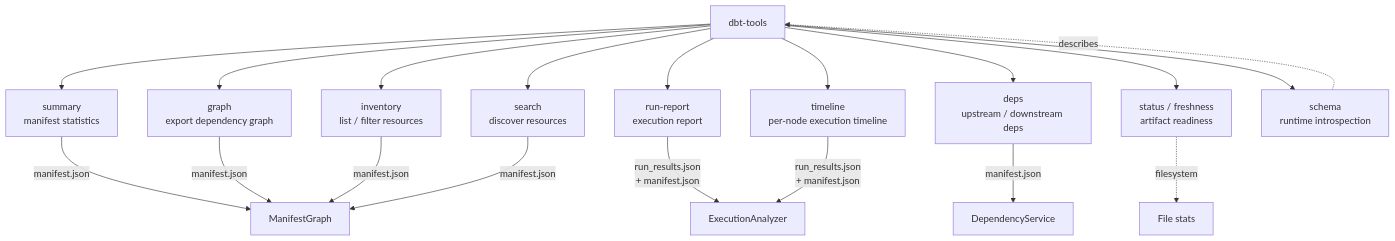
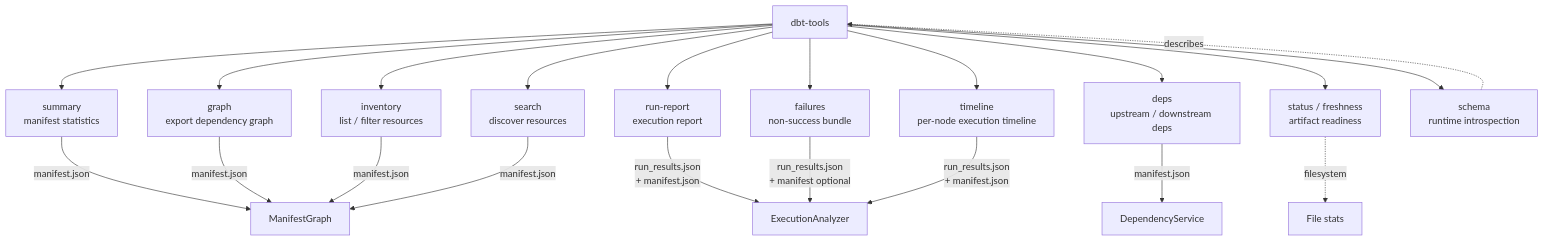
Before and after one commit to yu-iskw/dbt-artifacts-parser-ts: the diagram in packages/dbt-tools/cli/README.md, drawn with Mermaid. The commit also changed other lines of this file and 76 other files, not shown here.

````diff
--- a/packages/dbt-tools/cli/README.md
+++ b/packages/dbt-tools/cli/README.md
@@ -9,23 +9,25 @@
 ```mermaid
 graph TD
   CLI["dbt-tools"]
   CLI --> summary["summary\nmanifest statistics"]
   CLI --> graphCmd["graph\nexport dependency graph"]
   CLI --> rr["run-report\nexecution report"]
+  CLI --> failures["failures\nnon-success bundle"]
   CLI --> deps["deps\nupstream / downstream deps"]
   CLI --> inventory["inventory\nlist / filter resources"]
   CLI --> timeline["timeline\nper-node execution timeline"]
   CLI --> search["search\ndiscover resources"]
   CLI --> status["status / freshness\nartifact readiness"]
   CLI --> schema["schema\nruntime introspection"]
 
   summary -->|manifest.json| MG[ManifestGraph]
   graphCmd -->|manifest.json| MG
   rr -->|run_results.json\n+ manifest.json| EA[ExecutionAnalyzer]
+  failures -->|run_results.json\n+ manifest optional| EA
   deps -->|manifest.json| DS[DependencyService]
   inventory -->|manifest.json| MG
   timeline -->|run_results.json\n+ manifest.json| EA
   search -->|manifest.json| MG
   status -.->|filesystem| FS[File stats]
   schema -.->|describes| CLI
 ```
````
